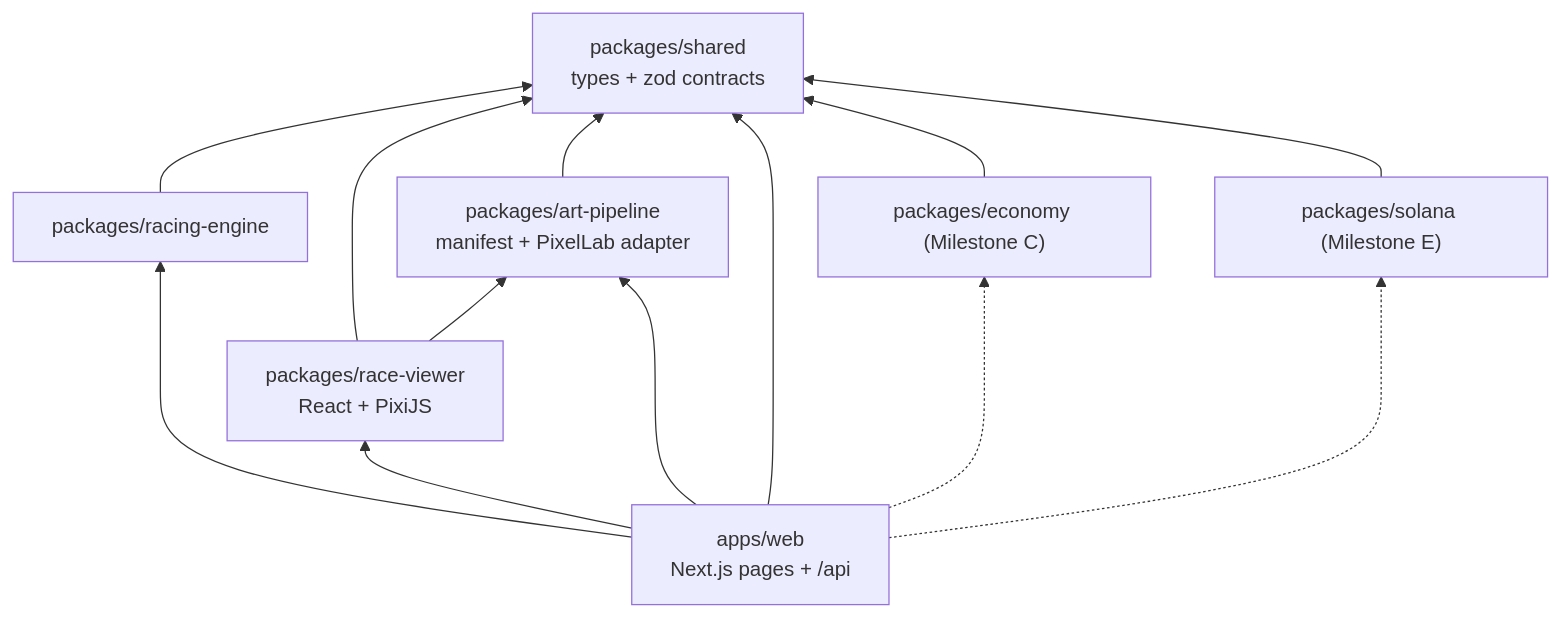
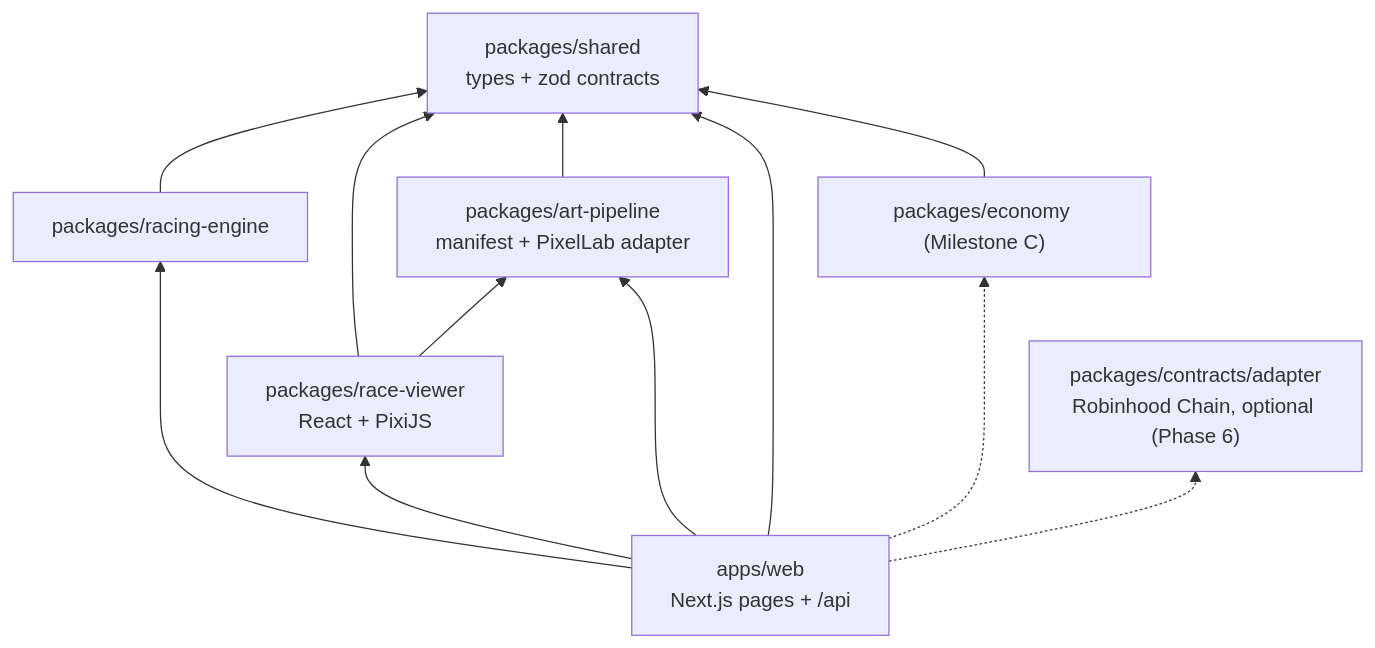
The fourth of 7 diagrams in docs/architecture.md (stephenclawdbot-png/ranch-game), drawn with Mermaid before and after one commit. The commit also changed other lines of this file and 7 other files, not shown here.

First line of the commit message:
Web3: Robinhood Chain research (docs/web3.md), Claude skills, architecture/roadmap updates

````diff
--- a/docs/architecture.md
+++ b/docs/architecture.md
@@ -94,12 +100,12 @@
 ```mermaid
 flowchart BT
   shared["packages/shared<br/>types + zod contracts"]
   engine["packages/racing-engine"] --> shared
   art["packages/art-pipeline<br/>manifest + PixelLab adapter"] --> shared
   viewer["packages/race-viewer<br/>React + PixiJS"] --> shared
   viewer --> art
   web["apps/web<br/>Next.js pages + /api"] --> engine & viewer & art & shared
   econ["packages/economy (Milestone C)"] --> shared
-  sol["packages/solana (Milestone E)"] --> shared
-  web -.-> econ & sol
+  chain["packages/contracts/adapter<br/>Robinhood Chain, optional (Phase 6)"]
+  web -.-> econ & chain
 ```
````
